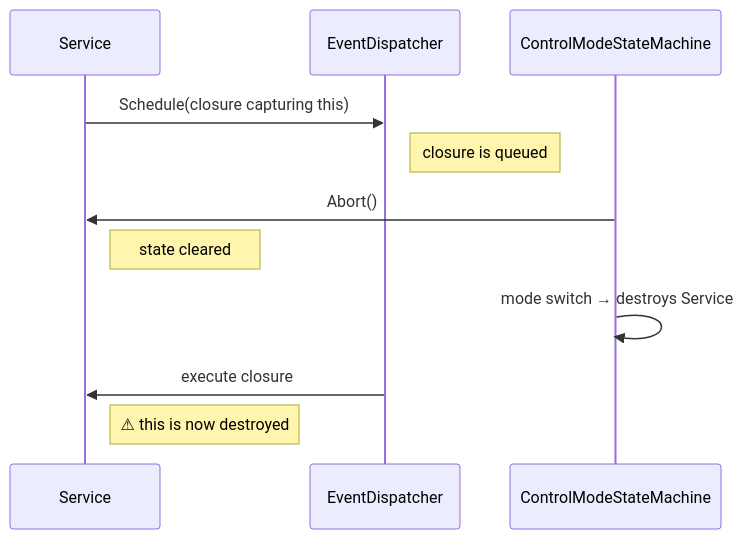
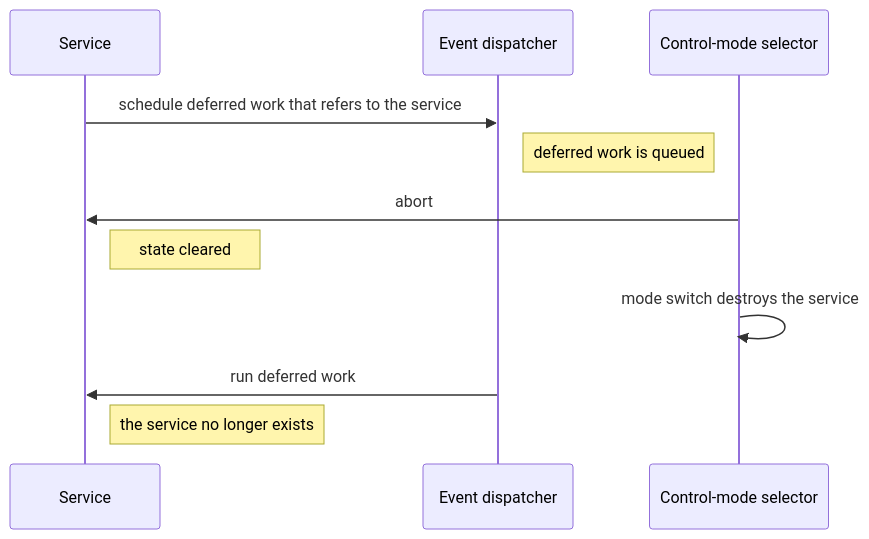
Before and after one commit to embedded-pro/e-foc: the first of 6 diagrams in documentation/design/async-callback-lifetime.md, drawn with Mermaid. The commit also changed other lines of this file and 37 other files, not shown here.

````diff
--- a/documentation/design/async-callback-lifetime.md
+++ b/documentation/design/async-callback-lifetime.md
@@ -34,14 +34,14 @@
 ```mermaid
 sequenceDiagram
     participant Service
-    participant EventDispatcher
-    participant FSM as ControlModeStateMachine
+    participant Dispatcher as Event dispatcher
+    participant Selector as Control-mode selector
 
-    Service->>EventDispatcher: Schedule(closure capturing this)
-    Note right of EventDispatcher: closure is queued
-    FSM->>Service: Abort()
+    Service->>Dispatcher: schedule deferred work that refers to the service
+    Note right of Dispatcher: deferred work is queued
+    Selector->>Service: abort
     Note right of Service: state cleared
-    FSM->>FSM: mode switch → destroys Service
-    EventDispatcher->>Service: execute closure
-    Note right of Service: ⚠ this is now destroyed
+    Selector->>Selector: mode switch destroys the service
+    Dispatcher->>Service: run deferred work
+    Note right of Service: the service no longer exists
 ```
````
